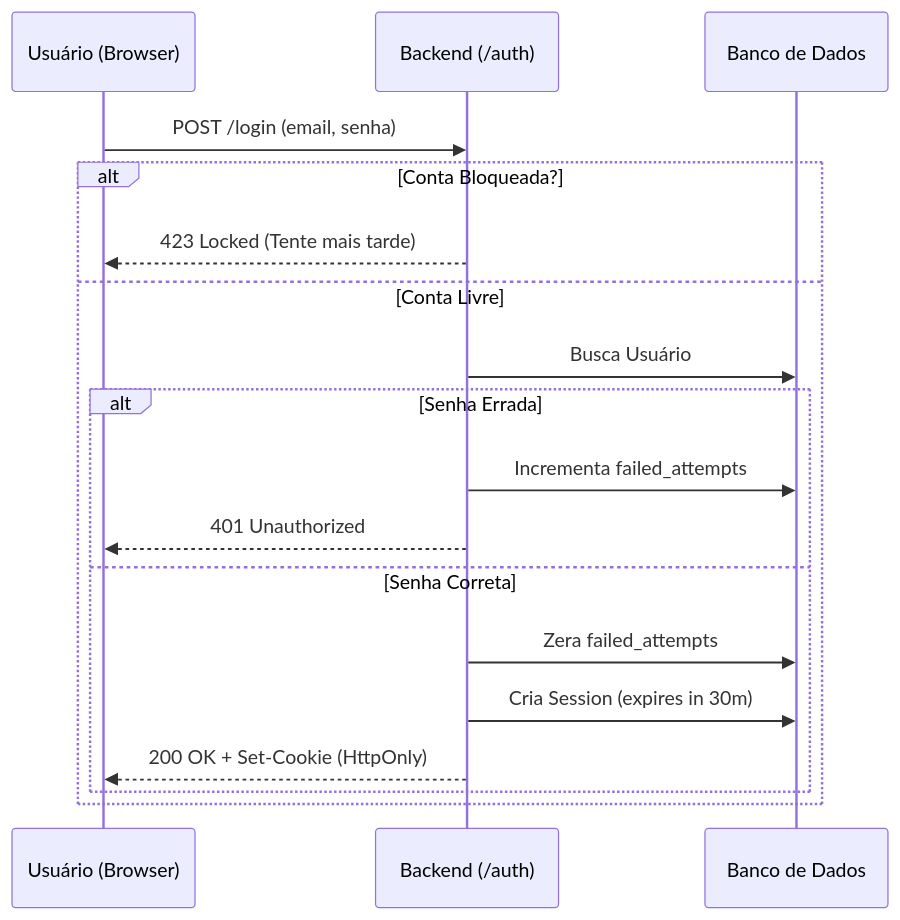
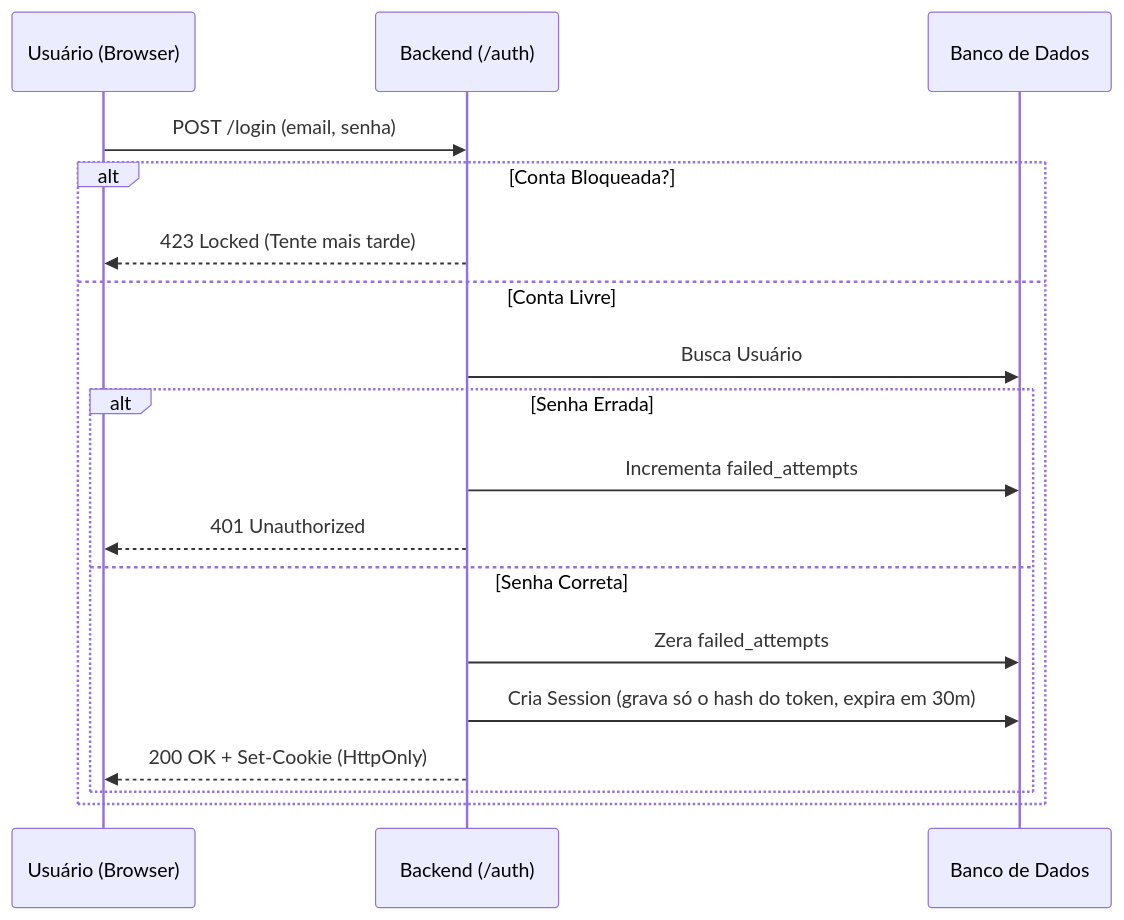
Before and after one commit to ProjetoIntegradorUMC/projeto-integrador: the diagram in docs/autenticacao.md, drawn with Mermaid. The commit also changed other lines of this file and 8 other files, not shown here.

Commit message:
feat: store only SHA-256 hash of session tokens in the database and update related logic

````diff
--- a/docs/autenticacao.md
+++ b/docs/autenticacao.md
@@ -48,22 +69,22 @@
 ```mermaid
 sequenceDiagram
     participant User as Usuário (Browser)
     participant API as Backend (/auth)
     participant DB as Banco de Dados
 
     User->>API: POST /login (email, senha)
-    
+
     alt Conta Bloqueada?
         API-->>User: 423 Locked (Tente mais tarde)
     else Conta Livre
         API->>DB: Busca Usuário
         alt Senha Errada
             API->>DB: Incrementa failed_attempts
             API-->>User: 401 Unauthorized
         else Senha Correta
             API->>DB: Zera failed_attempts
-            API->>DB: Cria Session (expires in 30m)
+            API->>DB: Cria Session (grava só o hash do token, expira em 30m)
             API-->>User: 200 OK + Set-Cookie (HttpOnly)
         end
     end
 ```
````
